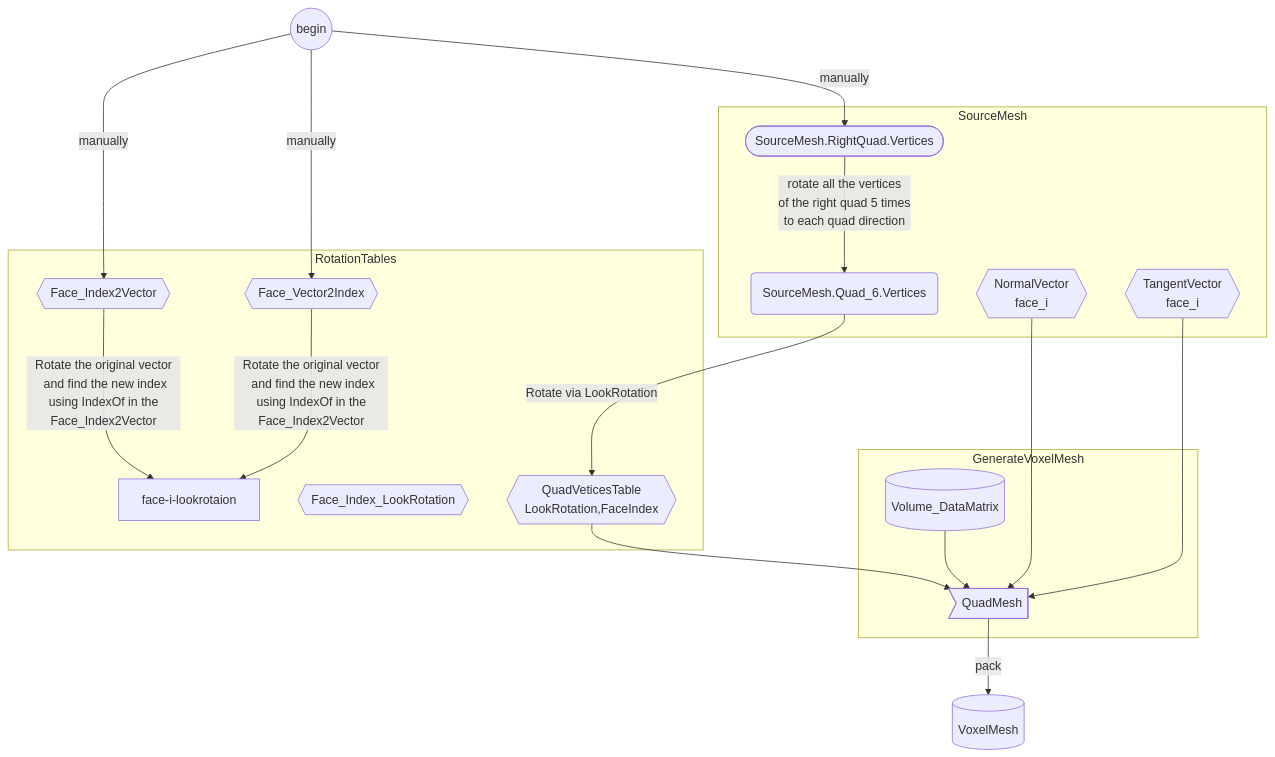
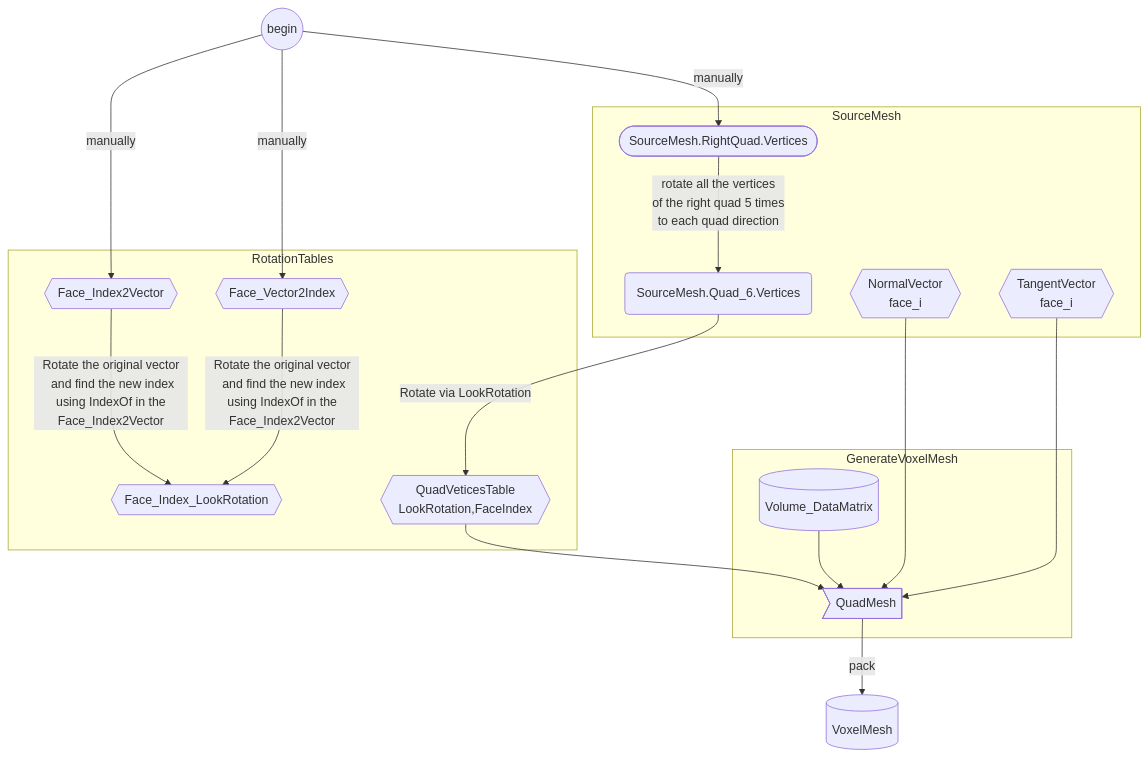
Before and after one commit to iamabigartist/OurForests: the diagram in Wiki/vault/VolumeMegaStructure.the data flow of voxel mesh gen.md, drawn with Mermaid. The commit also changed other lines of this file and 21 other files, not shown here.

````diff
--- a/Wiki/vault/VolumeMegaStructure.the data flow of voxel mesh gen.md
+++ b/Wiki/vault/VolumeMegaStructure.the data flow of voxel mesh gen.md
@@ -10,41 +10,41 @@
 ```mermaid
 graph TB
 
       _((begin))
       _-->|manually|face-i-2-vector
       _-->|manually|face-vector-2-i
       _-->|manually|r-quad-v
 
       subgraph RotationTables
       face-i-2-vector{{Face_Index2Vector}}
       face-vector-2-i{{Face_Vector2Index}}
-      face-i-2-vector & face-vector-2-i-->|Rotate the original vector<br> and find the new index<br> using IndexOf in the Face_Index2Vector|face-i-lookrotaion
+      face-i-2-vector & face-vector-2-i-->|Rotate the original vector<br> and find the new index<br> using IndexOf in the Face_Index2Vector|face-i-lookrotation
       face-i-lookrotation{{Face_Index_LookRotation}}
       quad-v-lookrotaion-face-i{{QuadVeticesTable<br>LookRotation,FaceIndex}}
       end
 
       subgraph SourceMesh
       r-quad-v([SourceMesh.RightQuad.Vertices])
       source-6-quad-v(SourceMesh.Quad_6.Vertices)
       r-quad-v-->|rotate all the vertices<br> of the right quad 5 times<br> to each quad direction|source-6-quad-v
       normal-face-i{{NormalVector<br>face_i}}
       tangent-face-i{{TangentVector<br>face_i}}
       end
 
       source-6-quad-v-->|Rotate via LookRotation|quad-v-lookrotaion-face-i
 
       subgraph GenerateVoxelMesh
       volume-matrix[(Volume_DataMatrix)]
       each-quad-mesh>QuadMesh]
       end
 
       quad-v-lookrotaion-face-i-->each-quad-mesh
       volume-matrix-->each-quad-mesh
       normal-face-i-->each-quad-mesh
       tangent-face-i-->each-quad-mesh
       each-quad-mesh-->|pack|voxel-mesh
 
       voxel-mesh[(VoxelMesh)]
 
 
 ```
````
